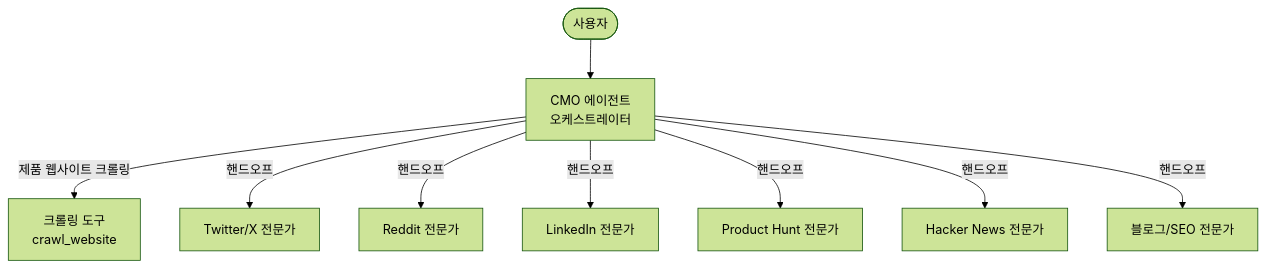
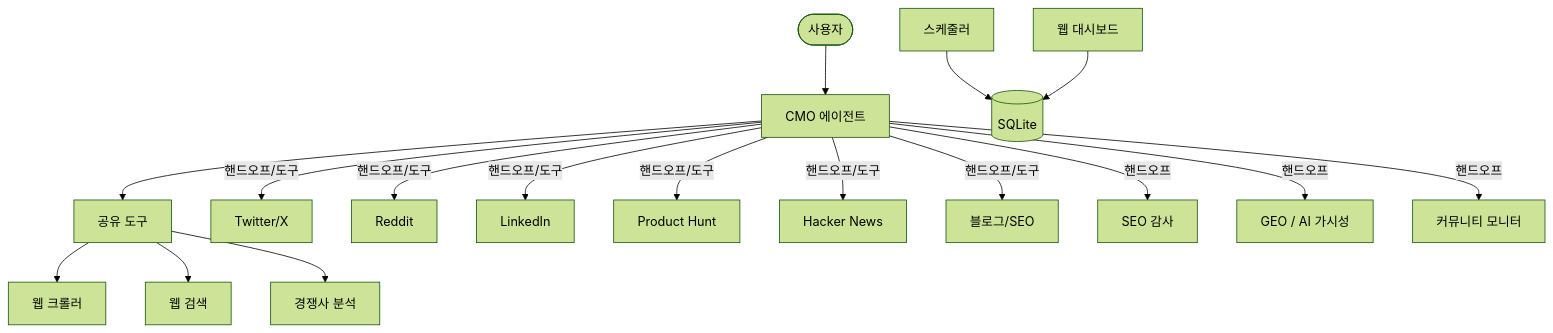
One commit to chancat87/OpenCMO changed the diagram in README_ko.md. Above: the diagram before and after it, drawn with Mermaid (forest theme). The commit also changed other lines of this file and 40 other files, not shown here.

First line of the commit message:
feat: v3 — storage, CWV/Schema SEO, 5-platform GEO, scheduler, web dashboard

````diff
--- a/README_ko.md
+++ b/README_ko.md
@@ -41,12 +67,22 @@
 ```mermaid
 graph TD
-    User([사용자]) --> CMO[CMO 에이전트 <br/> 오케스트레이터]
-    CMO -- 제품 웹사이트 크롤링 --> Crawl[크롤링 도구 <br/> crawl_website]
-    
-    CMO -- 핸드오프 --> X[Twitter/X 전문가]
-    CMO -- 핸드오프 --> Reddit[Reddit 전문가]
-    CMO -- 핸드오프 --> LinkedIn[LinkedIn 전문가]
-    CMO -- 핸드오프 --> PH[Product Hunt 전문가]
-    CMO -- 핸드오프 --> HN[Hacker News 전문가]
-    CMO -- 핸드오프 --> Blog[블로그/SEO 전문가]
+    User([사용자]) --> CMO[CMO 에이전트]
+
+    CMO --> Tools[공유 도구]
+    Tools --> Crawl[웹 크롤러]
+    Tools --> Search[웹 검색]
+    Tools --> Competitor[경쟁사 분석]
+
+    CMO -- 핸드오프/도구 --> Twitter[Twitter/X]
+    CMO -- 핸드오프/도구 --> Reddit[Reddit]
+    CMO -- 핸드오프/도구 --> LinkedIn[LinkedIn]
+    CMO -- 핸드오프/도구 --> PH[Product Hunt]
+    CMO -- 핸드오프/도구 --> HN[Hacker News]
+    CMO -- 핸드오프/도구 --> Blog[블로그/SEO]
+    CMO -- 핸드오프 --> SEO[SEO 감사]
+    CMO -- 핸드오프 --> GEO[GEO / AI 가시성]
+    CMO -- 핸드오프 --> Community[커뮤니티 모니터]
+
+    Scheduler[스케줄러] --> DB[(SQLite)]
+    WebDash[웹 대시보드] --> DB
 ```
````
